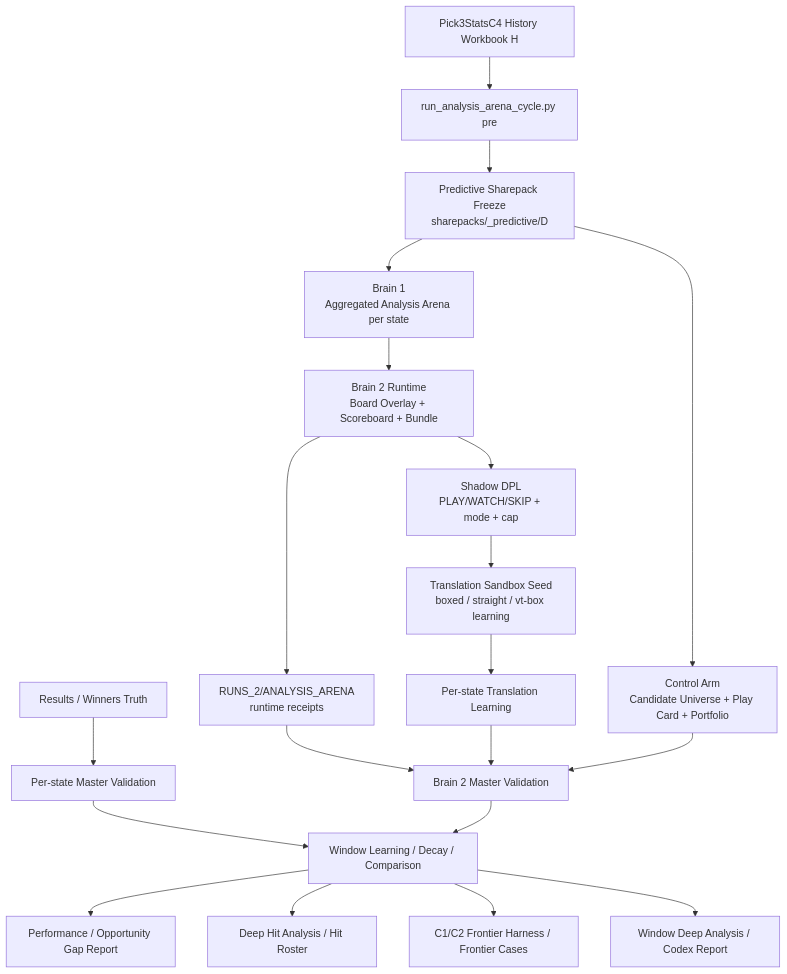
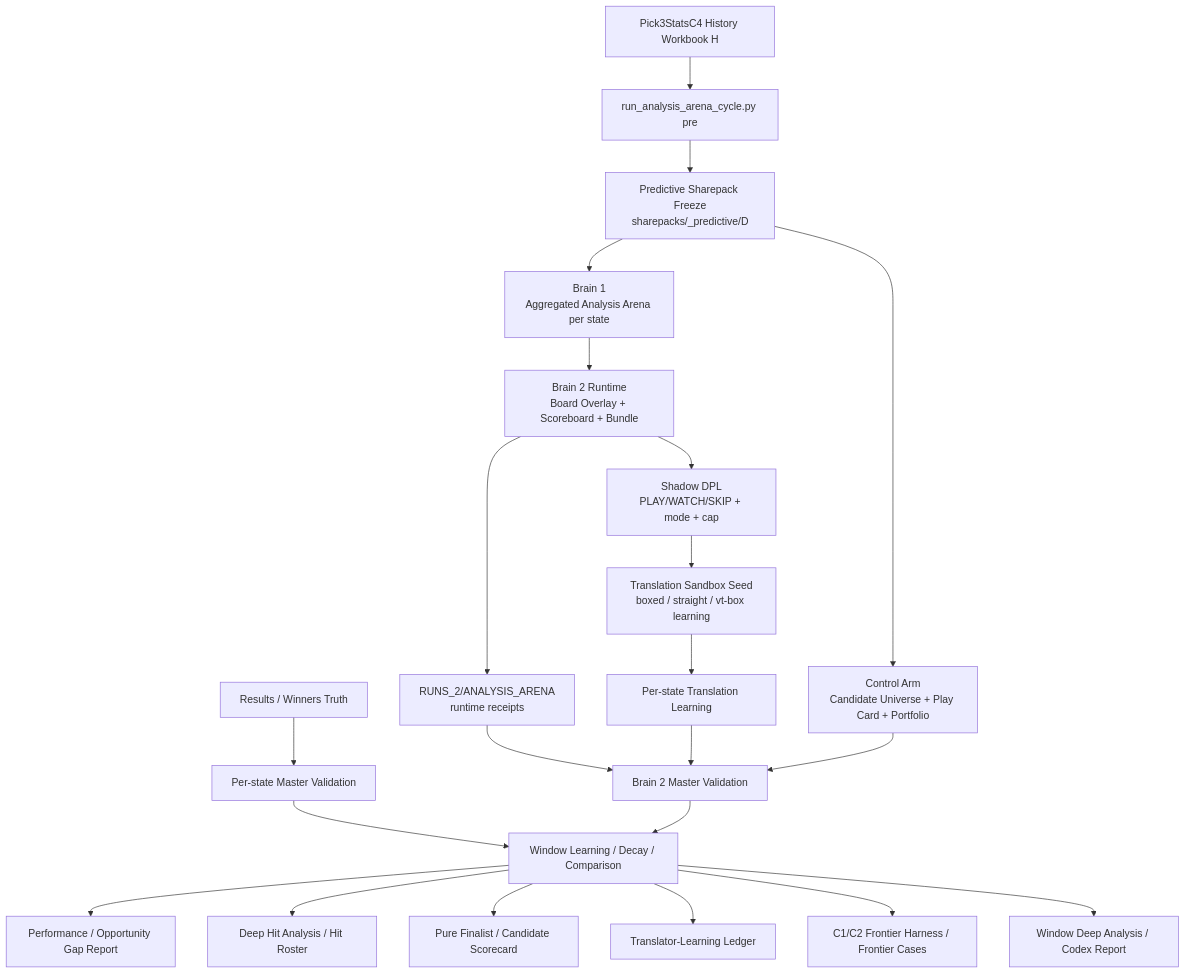
Before and after one commit to shonawensley/Alpha-Analytical-Tool-Clone: the diagram in docs/AAT9_KIT/FINAL VALIDATION/final docs/AAT9_ANALYSIS_ARENA_OPERATING_FLOW__FRESH_RUNS.md, drawn with Mermaid. The commit also changed other lines of this file and 48 other files, not shown here.

````diff
--- a/docs/AAT9_KIT/FINAL VALIDATION/final docs/AAT9_ANALYSIS_ARENA_OPERATING_FLOW__FRESH_RUNS.md
+++ b/docs/AAT9_KIT/FINAL VALIDATION/final docs/AAT9_ANALYSIS_ARENA_OPERATING_FLOW__FRESH_RUNS.md
@@ -38,22 +38,24 @@
 ```mermaid
 flowchart TD
     A[Pick3StatsC4 History Workbook H] --> B[run_analysis_arena_cycle.py pre]
     B --> C[Predictive Sharepack Freeze<br/>sharepacks/_predictive/D]
     C --> D[Brain 1<br/>Aggregated Analysis Arena per state]
     D --> E[Brain 2 Runtime<br/>Board Overlay + Scoreboard + Bundle]
     E --> F[Shadow DPL<br/>PLAY/WATCH/SKIP + mode + cap]
     F --> G[Translation Sandbox Seed<br/>boxed / straight / vt-box learning]
     C --> H[Control Arm<br/>Candidate Universe + Play Card + Portfolio]
     E --> I[RUNS_2/ANALYSIS_ARENA<br/>runtime receipts]
     G --> J[Per-state Translation Learning]
     K[Results / Winners Truth] --> L[Per-state Master Validation]
     I --> M[Brain 2 Master Validation]
     J --> M
     H --> M
     L --> N[Window Learning / Decay / Comparison]
     M --> N
     N --> O[Performance / Opportunity Gap Report]
     N --> P[Deep Hit Analysis / Hit Roster]
-    N --> Q[C1/C2 Frontier Harness / Frontier Cases]
-    N --> R[Window Deep Analysis / Codex Report]
+    N --> Q[Pure Finalist / Candidate Scorecard]
+    N --> R[Translator-Learning Ledger]
+    N --> S[C1/C2 Frontier Harness / Frontier Cases]
+    N --> T[Window Deep Analysis / Codex Report]
 ```
````
